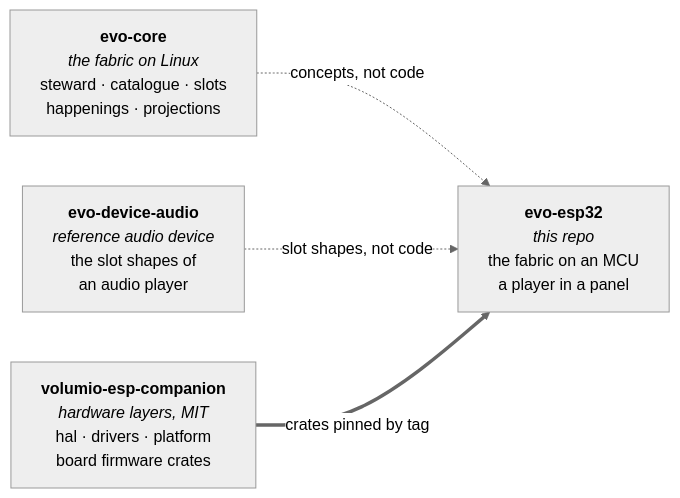
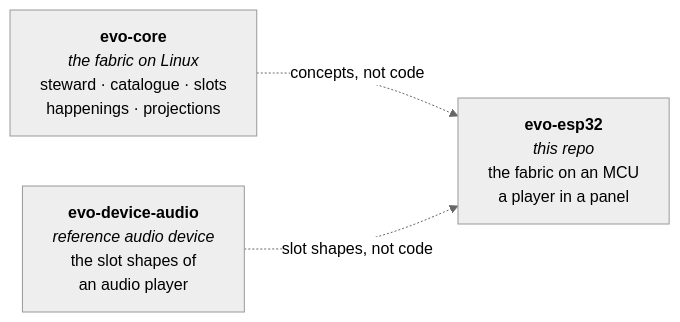
The diagram in README.md (foonerd/evo-esp32), drawn with Mermaid (neutral theme) before and after one commit. The commit also changed other lines of this file and 32 other files, not shown here.

````diff
--- a/README.md
+++ b/README.md
@@ -39,11 +39,9 @@
 ```mermaid
 flowchart LR
     core["<b>evo-core</b><br/><i>the fabric on Linux</i><br/>steward · catalogue · slots<br/>happenings · projections"]
     audio["<b>evo-device-audio</b><br/><i>reference audio device</i><br/>the slot shapes of<br/>an audio player"]
     esp["<b>evo-esp32</b><br/><i>this repo</i><br/>the fabric on an MCU<br/>a player in a panel"]
-    comp["<b>volumio-esp-companion</b><br/><i>hardware layers, MIT</i><br/>hal · drivers · platform<br/>board firmware crates"]
 
     core -.->|concepts, not code| esp
     audio -.->|slot shapes, not code| esp
-    comp ==>|crates pinned by tag| esp
 ```
````
